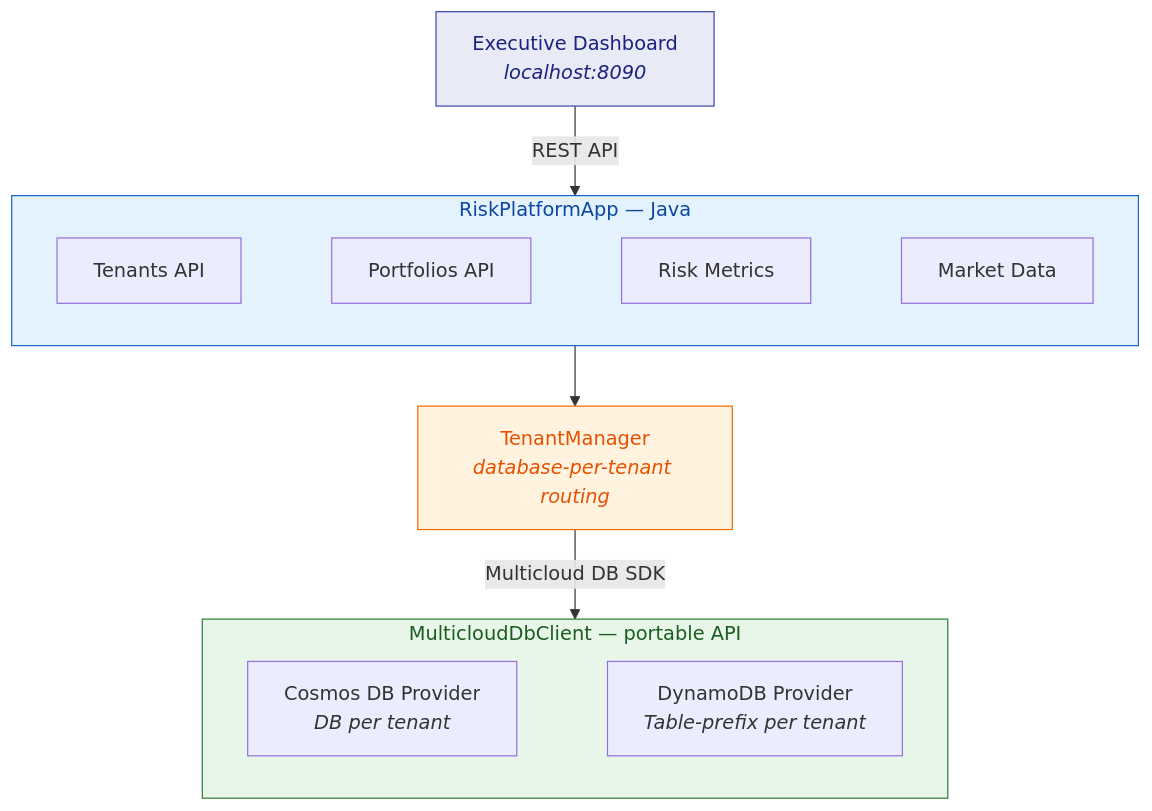
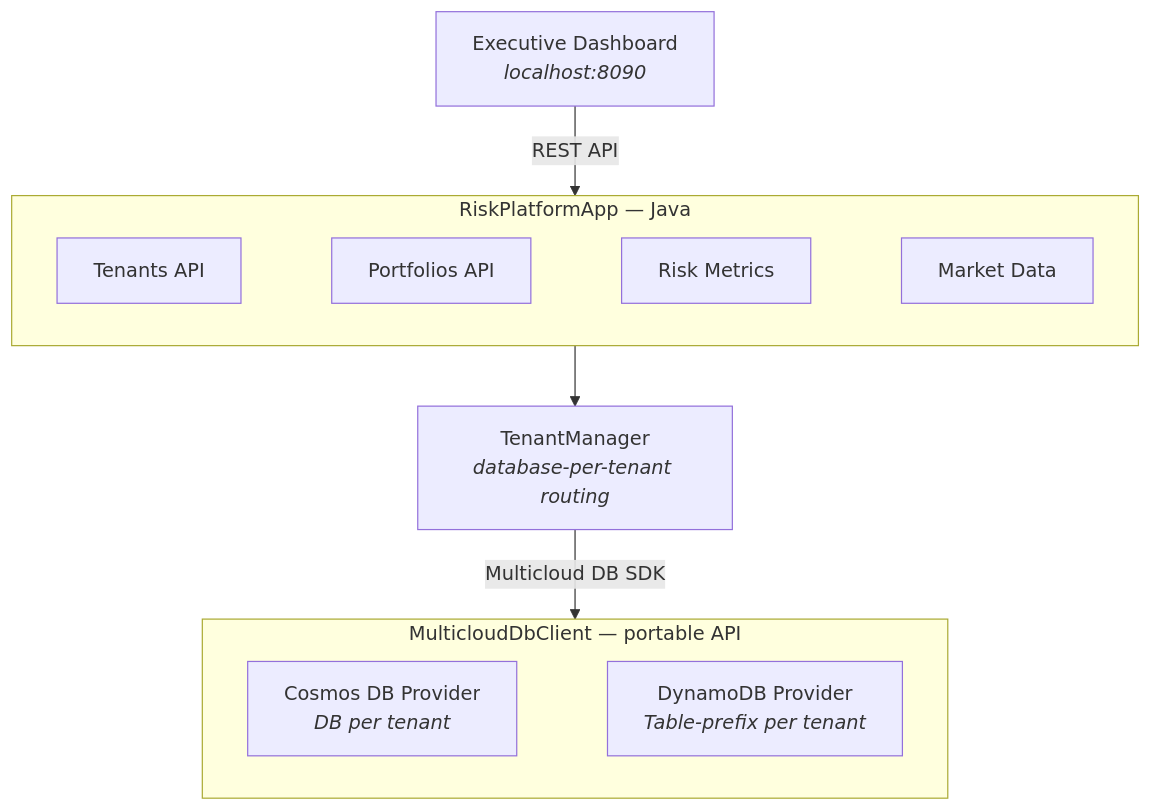
The diagram in docs/samples/risk-platform.md (microsoft/multiclouddb-sdk-for-java), drawn with Mermaid before and after one commit. The commit also changed 2 other files, not shown here.

Commit message:
fix: remove hardcoded Mermaid diagram colors for dark mode support
Remove inline style directives from all 3 Mermaid diagrams (index.md,
todo-app.md, risk-platform.md). MkDocs Material auto-themes Mermaid
diagrams for both light and dark mode when no inline styles are present.

````diff
--- a/docs/samples/risk-platform.md
+++ b/docs/samples/risk-platform.md
@@ -31,20 +31,15 @@
 ```mermaid
 graph TD
     Dashboard["Executive Dashboard<br/><i>localhost:8090</i>"]
     Dashboard -->|REST API| App
     App --> TM["TenantManager<br/><i>database-per-tenant routing</i>"]
     TM -->|Multicloud DB SDK| Client
 
     subgraph App["RiskPlatformApp — Java"]
         A1["Tenants API"] ~~~ A2["Portfolios API"] ~~~ A3["Risk Metrics"] ~~~ A4["Market Data"]
     end
 
     subgraph Client["MulticloudDbClient — portable API"]
         Cosmos["Cosmos DB Provider<br/><i>DB per tenant</i>"] ~~~ Dynamo["DynamoDB Provider<br/><i>Table-prefix per tenant</i>"]
     end
-
-    style Dashboard fill:#e8eaf6,stroke:#3949ab,color:#1a237e
-    style App fill:#e3f2fd,stroke:#1565c0,color:#0d47a1
-    style TM fill:#fff3e0,stroke:#ef6c00,color:#e65100
-    style Client fill:#e8f5e9,stroke:#2e7d32,color:#1b5e20
 ```
````
